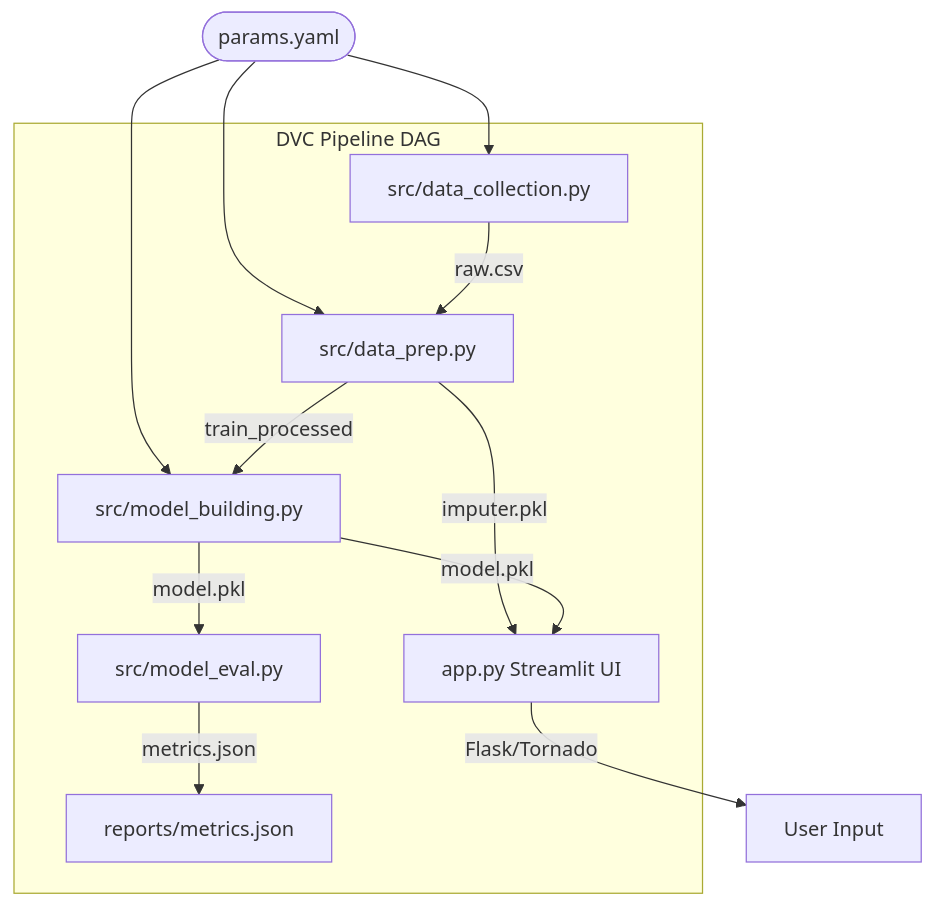
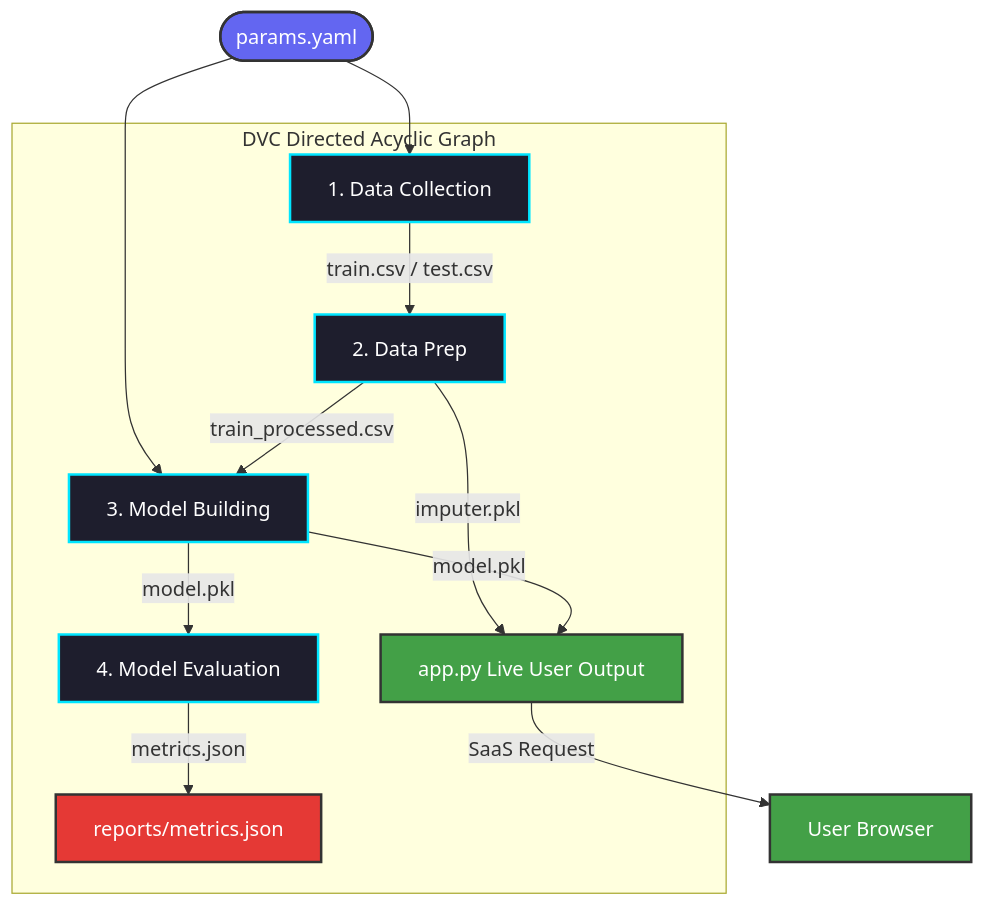
Before and after one commit to DhruvGholap27/Water-Potability: the fourth of 4 diagrams in README.md, drawn with Mermaid. The commit also changed other lines of this file, not shown here.

Commit message:
docs: deeply expand README architectural diagrams and feature coverage

````diff
--- a/README.md
+++ b/README.md
@@ -111,17 +105,22 @@
 ```mermaid
 graph TD
-    A([params.yaml]) --> B
-    A --> C
-    A --> D
+    classDef params fill:#6366f1,stroke:#333,stroke-width:2px,color:#fff;
+    classDef stage fill:#1e1e2d,stroke:#00E5FF,stroke-width:2px,color:#fff;
+    classDef data fill:#43A047,stroke:#333,stroke-width:2px,color:#fff;
+    classDef metric fill:#E53935,stroke:#333,stroke-width:2px,color:#fff;
+
+    PARAMS([params.yaml]):::params --> C1
+    PARAMS --> C3
+
+    subgraph DVC Directed Acyclic Graph 
+    C1[1. Data Collection]:::stage -->|train.csv / test.csv| C2[2. Data Prep]:::stage
+    C2 -->|train_processed.csv| C3[3. Model Building]:::stage
+    C2 -->|imputer.pkl| UI[app.py Live User Output]:::data
+    C3 -->|model.pkl| C4[4. Model Evaluation]:::stage
+    C3 -->|model.pkl| UI
     
-    subgraph DVC Pipeline DAG
-    B[src/data_collection.py] -->|raw.csv| C[src/data_prep.py]
-    C -->|train_processed| D[src/model_building.py]
-    C -->|imputer.pkl| UI[app.py Streamlit UI]
-    D -->|model.pkl| E[src/model_eval.py]
-    D -->|model.pkl| UI
-    E -->|metrics.json| R[reports/metrics.json]
+    C4 -->|metrics.json| R1[reports/metrics.json]:::metric
     end
     
-    UI -->|Flask/Tornado| Web[User Input]
+    UI -->|SaaS Request| WEB[User Browser]:::data
 ```
````
